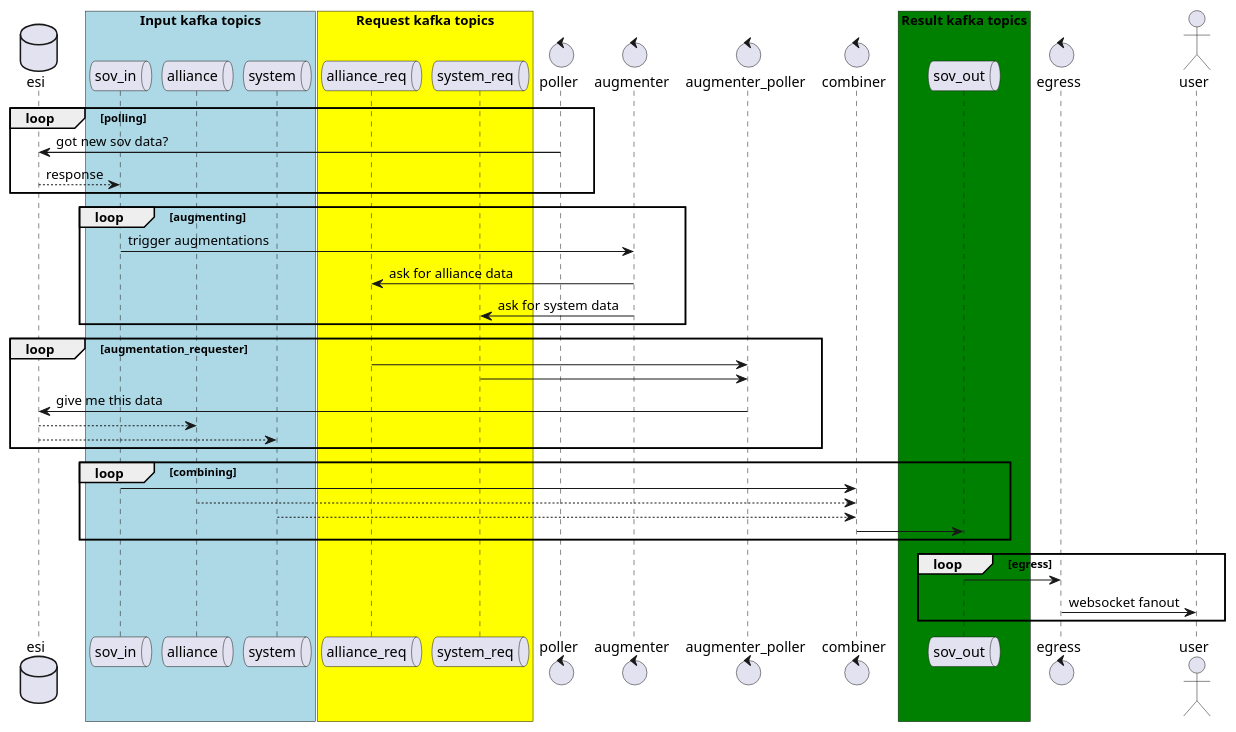
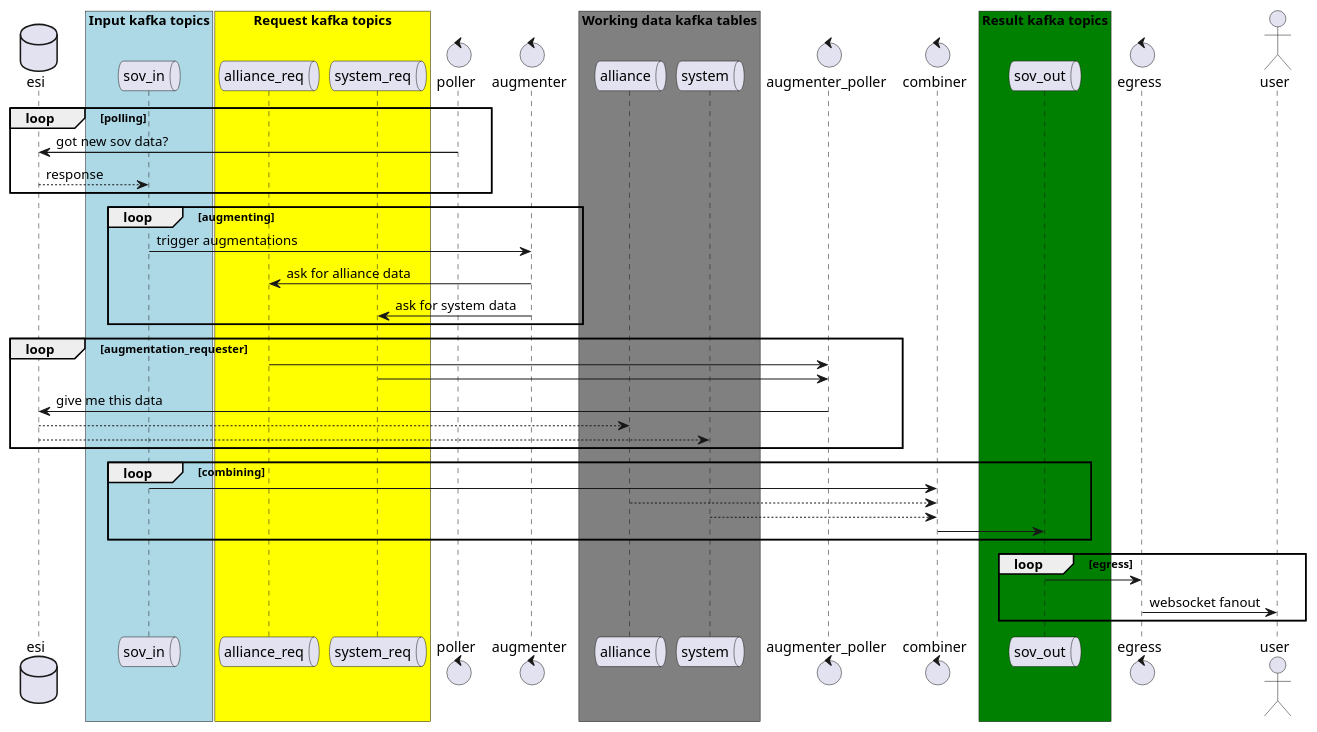
One commit to andimiller/timerboard-net-backend-kafka changed the diagram in docs/architecture.md. Above: the diagram before and after it, drawn with PlantUML.

Commit message:
break ktables into another box

```diff
--- a/docs/architecture.md
+++ b/docs/architecture.md
@@ -7,63 +7,67 @@
 @startuml
 
 database esi
 
 box "Input kafka topics" #LightBlue
 queue sov_in
-queue alliance
-queue system
 end box
 
 box "Request kafka topics" #Yellow
 queue alliance_req
 queue system_req
 end box
 
 
 control poller
 control augmenter
+
+box "Working data kafka tables" #Grey
+queue alliance
+queue system
+end box
+
 control augmenter_poller
 control combiner
 
 box "Result kafka topics" #Green
 queue sov_out
 end box
 
 
 control egress
 
 actor user
 
 
 loop polling
 poller -> esi: got new sov data?
 esi --> sov_in : response
 end
 
 loop augmenting
 sov_in -> augmenter : trigger augmentations
 augmenter -> alliance_req: ask for alliance data
 augmenter -> system_req: ask for system data 
 end
 
 loop augmentation_requester
 augmenter_poller <- alliance_req
 augmenter_poller <- system_req
 augmenter_poller -> esi: give me this data
 esi --> alliance
 esi --> system
 end
 
 loop combining
 sov_in -> combiner
 alliance --> combiner
 system --> combiner
 combiner -> sov_out
 end
 
 loop egress
 sov_out -> egress
 egress -> user: websocket fanout
 end
 
 @enduml
```
